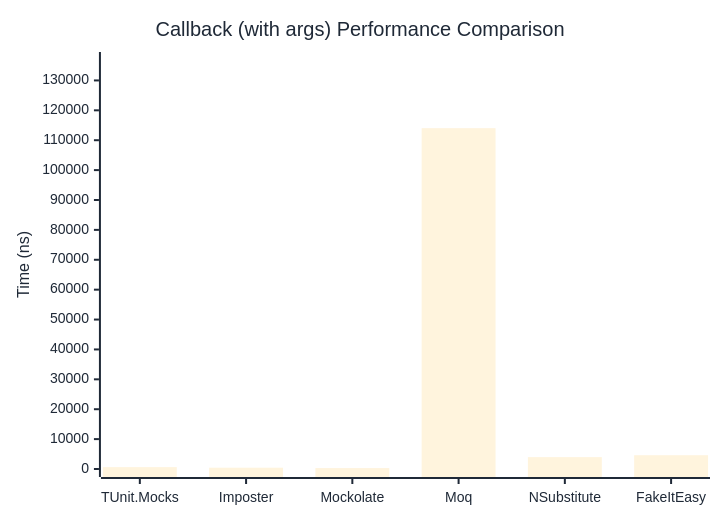
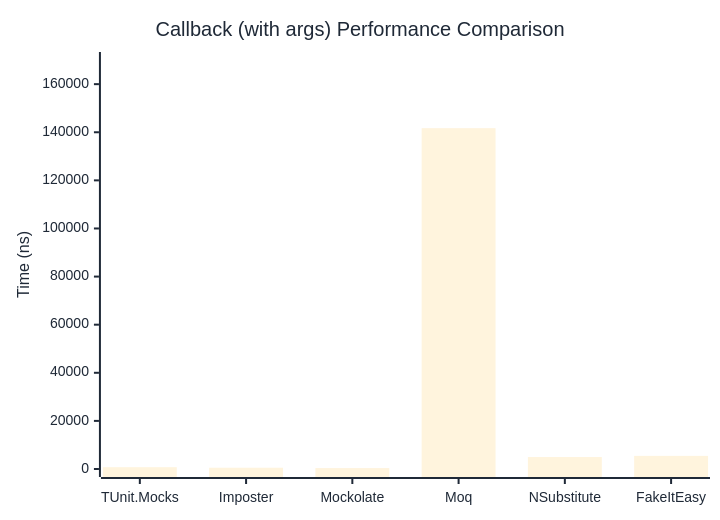
One commit to thomhurst/TUnit changed the second of 2 diagrams in docs/docs/benchmarks/mocks/Callback.md. Above: the diagram before and after it, drawn with Mermaid. The commit also changed other lines of this file and 14 other files, not shown here.

````diff
--- a/docs/docs/benchmarks/mocks/Callback.md
+++ b/docs/docs/benchmarks/mocks/Callback.md
@@ -71,27 +71,27 @@
 ```mermaid
 %%{init: {
   'theme':'base',
   'themeVariables': {
     'primaryColor': '#2563eb',
     'primaryTextColor': '#1f2937',
     'primaryBorderColor': '#1e40af',
     'lineColor': '#6b7280',
     'secondaryColor': '#7c3aed',
     'tertiaryColor': '#dc2626',
     'background': '#ffffff',
     'pie1': '#2563eb',
     'pie2': '#7c3aed',
     'pie3': '#dc2626',
     'pie4': '#f59e0b',
     'pie5': '#10b981',
     'pie6': '#06b6d4',
     'pie7': '#ec4899',
     'pie8': '#6366f1'
   }
 }}%%
 xychart-beta
   title "Callback (with args) Performance Comparison"
   x-axis ["TUnit.Mocks", "Imposter", "Mockolate", "Moq", "NSubstitute", "FakeItEasy"]
-  y-axis "Time (ns)" 0 --> 136836
-  bar [626.7, 433, 312.6, 114029.5, 3972.7, 4608.1]
+  y-axis "Time (ns)" 0 --> 170042
+  bar [757.4, 532.1, 387.8, 141701.3, 4964.8, 5455.2]
 ```
````
